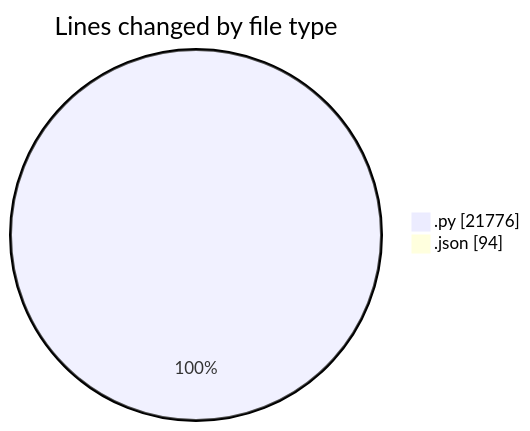
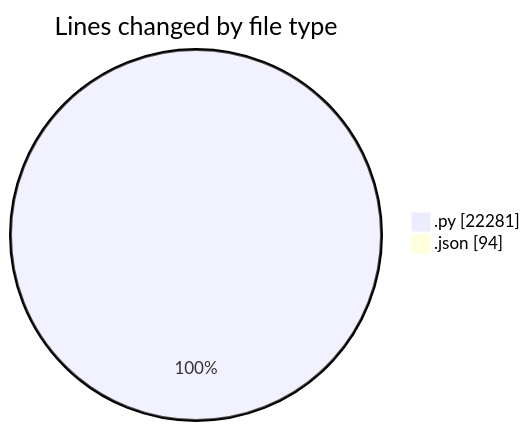
Before and after one commit to jrari/code-tracking: the first of 2 diagrams in 2025-07-14/telebot/README.md, drawn with Mermaid. The commit also changed other lines of this file and 1 other file, not shown here.

````diff
--- a/2025-07-14/telebot/README.md
+++ b/2025-07-14/telebot/README.md
@@ -46,6 +46,6 @@
 ```mermaid
 pie showData
 title Lines changed by file type
-".py" : 21776
+".py" : 22281
 ".json" : 94
 ```
````
